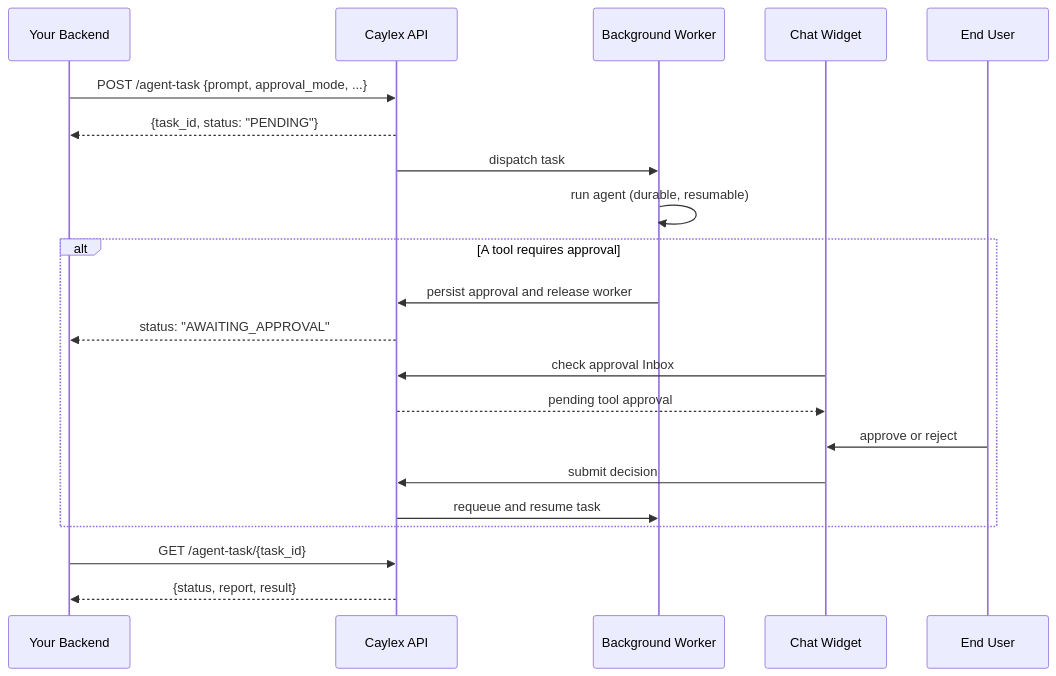
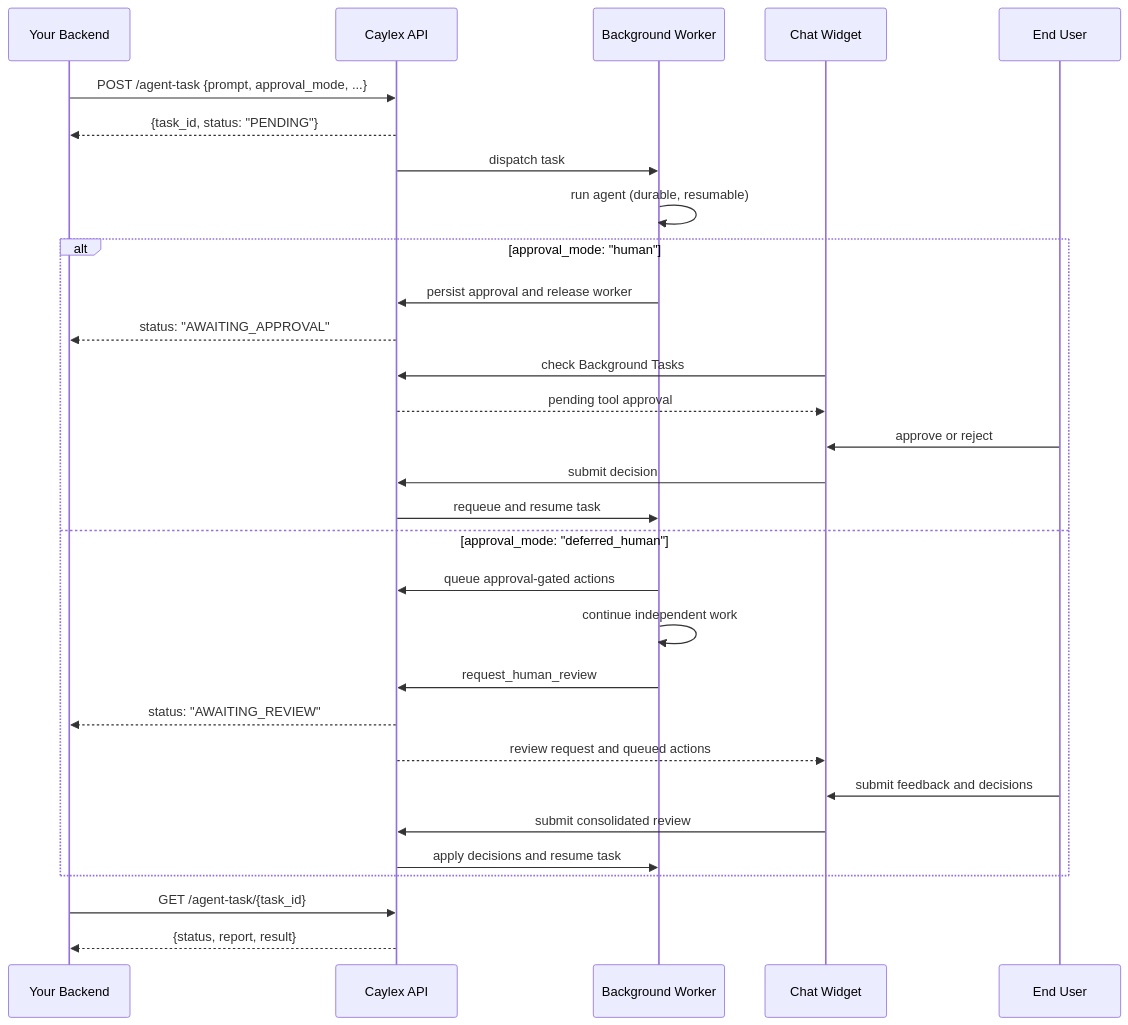
The diagram in background-tasks/agent-tasks.mdx (caylex-ai/caylex-developer-docs), drawn with Mermaid before and after one commit. The commit also changed other lines of this file, not shown here.

First line of the commit message:
Document deferred human review for agent tasks

````diff
--- a/background-tasks/agent-tasks.mdx
+++ b/background-tasks/agent-tasks.mdx
@@ -23,24 +23,33 @@
 ```mermaid
 sequenceDiagram
     participant Backend as Your Backend
     participant Caylex as Caylex API
     participant Worker as Background Worker
     participant Widget as Chat Widget
     participant User as End User
 
     Backend->>Caylex: POST /agent-task {prompt, approval_mode, ...}
     Caylex-->>Backend: {task_id, status: "PENDING"}
     Caylex->>Worker: dispatch task
     Worker->>Worker: run agent (durable, resumable)
-    alt A tool requires approval
+    alt approval_mode: "human"
         Worker->>Caylex: persist approval and release worker
         Caylex-->>Backend: status: "AWAITING_APPROVAL"
-        Widget->>Caylex: check approval Inbox
+        Widget->>Caylex: check Background Tasks
         Caylex-->>Widget: pending tool approval
         User->>Widget: approve or reject
         Widget->>Caylex: submit decision
         Caylex->>Worker: requeue and resume task
+    else approval_mode: "deferred_human"
+        Worker->>Caylex: queue approval-gated actions
+        Worker->>Worker: continue independent work
+        Worker->>Caylex: request_human_review
+        Caylex-->>Backend: status: "AWAITING_REVIEW"
+        Caylex-->>Widget: review request and queued actions
+        User->>Widget: submit feedback and decisions
+        Widget->>Caylex: submit consolidated review
+        Caylex->>Worker: apply decisions and resume task
     end
     Backend->>Caylex: GET /agent-task/{task_id}
     Caylex-->>Backend: {status, report, result}
 ```
````
